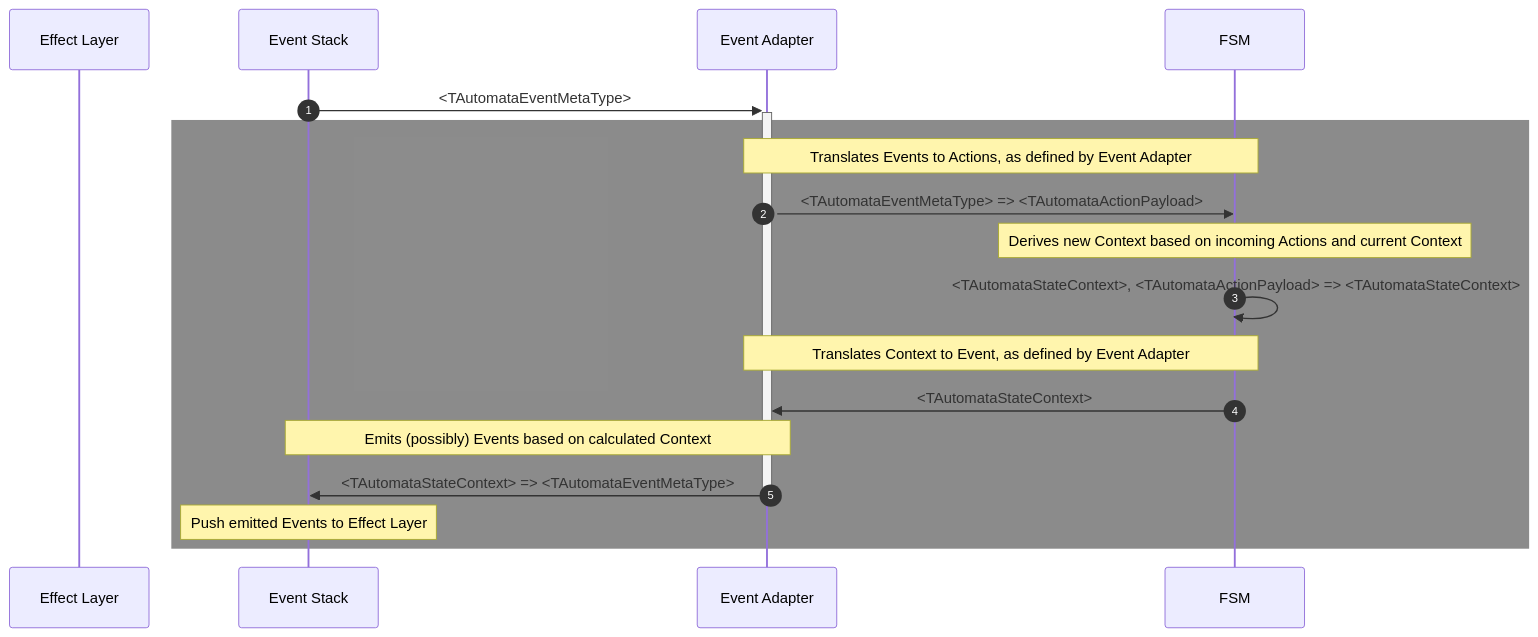
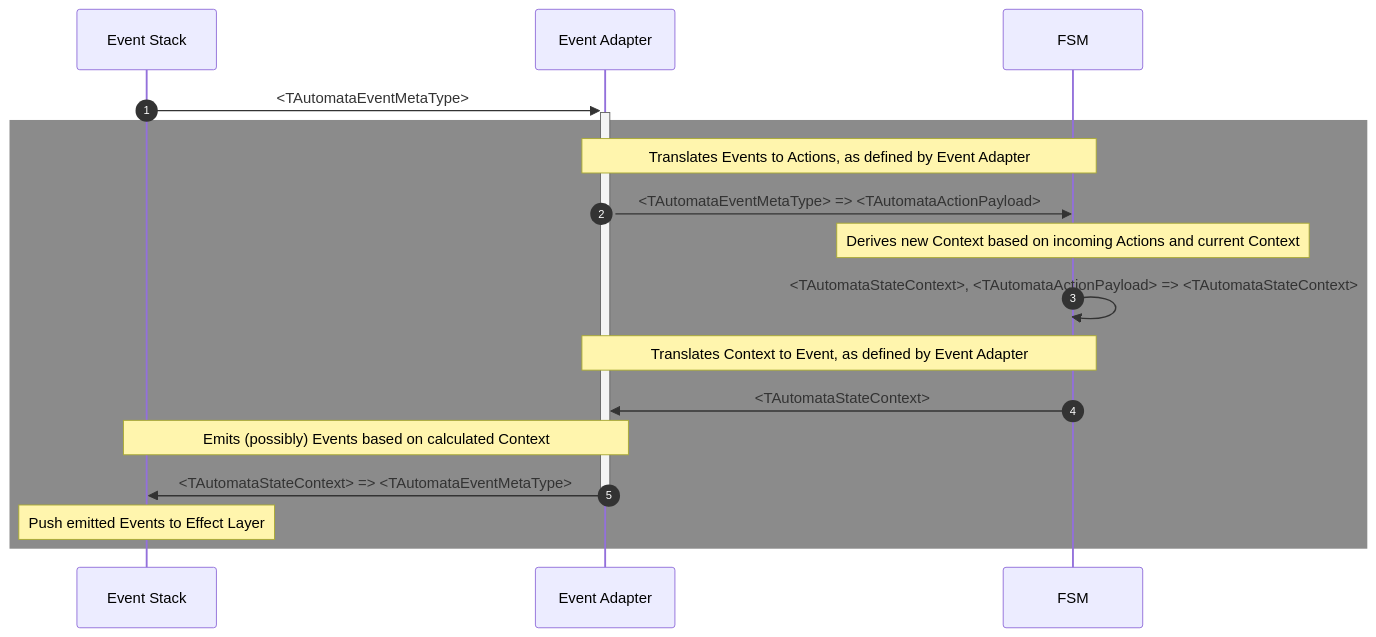
Before and after one commit to tfcp68/yantrix: the third of 5 diagrams in docs/concepts/400_data_flow.md, drawn with Mermaid. The commit also changed other lines of this file and 7 other files, not shown here.

````diff
--- a/docs/concepts/400_data_flow.md
+++ b/docs/concepts/400_data_flow.md
@@ -92,20 +92,19 @@
 ```mermaid
 sequenceDiagram
 	autonumber
-	participant EL as Effect Layer
 	participant MT as Event Stack
 	participant EA as Event Adapter
 	participant FSM as FSM
 	MT ->>+ EA: <TAutomataEventMetaType>
 	rect rgba(25,25,25,0.5)
 		Note over EA, FSM: Translates Events to Actions, as defined by Event Adapter
 		EA ->> FSM: <TAutomataEventMetaType> => <TAutomataActionPayload>
 		Note over FSM: Derives new Context based on incoming Actions and current Context
 		FSM ->> FSM: <TAutomataStateContext>, <TAutomataActionPayload> => <TAutomataStateContext>
 		Note over EA, FSM: Translates Context to Event, as defined by Event Adapter
 		FSM ->> EA: <TAutomataStateContext>
 		Note over EA, MT: Emits (possibly) Events based on calculated Context
 		EA ->>- MT: <TAutomataStateContext> => <TAutomataEventMetaType>
 		note over MT: Push emitted Events to Effect Layer
 	end
 ```
````
